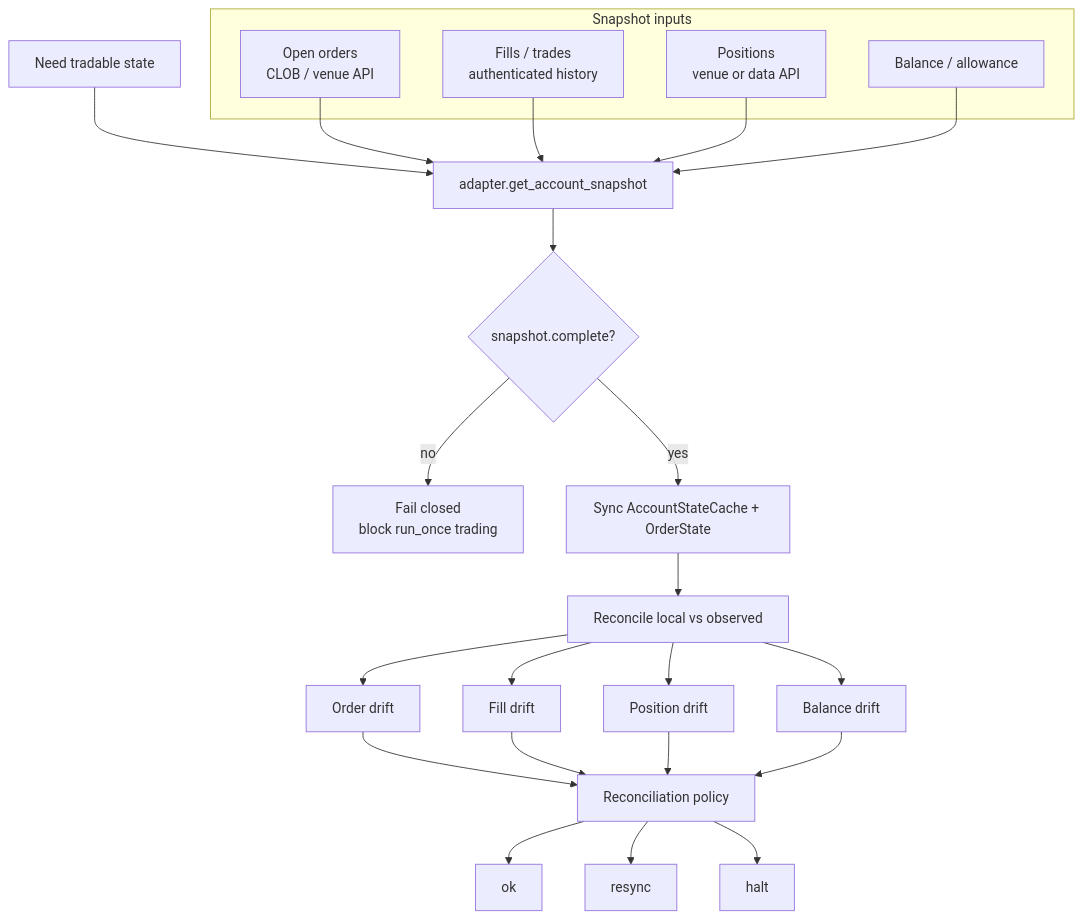
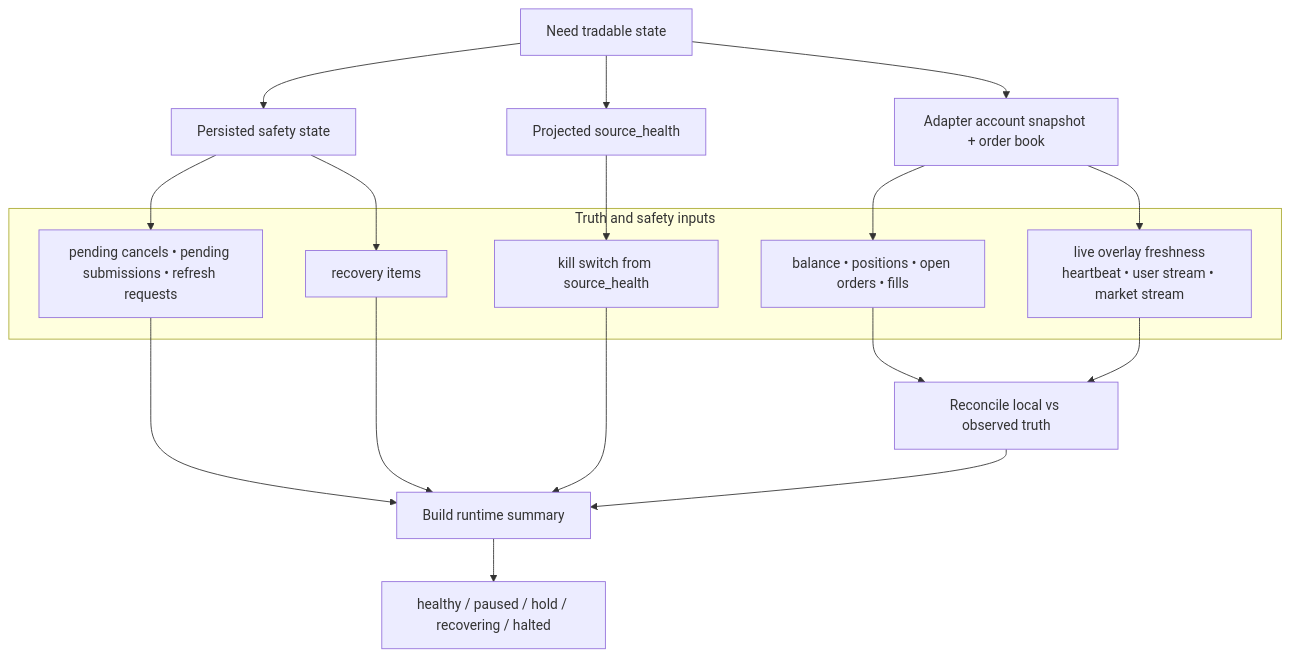
Before and after one commit to harshitagarwal2/polymarket-prediction-agent: the first of 2 diagrams in docs/diagrams/04-account-truth-and-safety.md, drawn with Mermaid. The commit also changed other lines of this file and 8 other files, not shown here.

First line of the commit message:
Refresh architecture diagrams

````diff
--- a/docs/diagrams/04-account-truth-and-safety.md
+++ b/docs/diagrams/04-account-truth-and-safety.md
@@ -10,32 +10,29 @@
 ```mermaid
 flowchart TD
-    start[Need tradable state] --> snap[adapter.get_account_snapshot]
+    start[Need tradable state] --> venue[Adapter account snapshot + order book]
+    start --> persisted[Persisted safety state]
+    start --> projected[Projected source_health]
 
-    subgraph truth[Snapshot inputs]
-        orders[Open orders\nCLOB / venue API]
-        fills[Fills / trades\nauthenticated history]
-        positions[Positions\nvenue or data API]
-        balance[Balance / allowance]
+    subgraph truth[Truth and safety inputs]
+        acct[balance • positions • open orders • fills]
+        overlay[live overlay freshness\nheartbeat • user stream • market stream]
+        pending[pending cancels • pending submissions • refresh requests]
+        recovery[recovery items]
+        kill[kill switch from source_health]
     end
 
-    orders --> snap
-    fills --> snap
-    positions --> snap
-    balance --> snap
+    venue --> acct
+    venue --> overlay
+    persisted --> pending
+    persisted --> recovery
+    projected --> kill
 
-    snap --> complete{snapshot.complete?}
-    complete -- no --> block[Fail closed\nblock run_once trading]
-    complete -- yes --> sync[Sync AccountStateCache + OrderState]
-    sync --> compare[Reconcile local vs observed]
-    compare --> diff1[Order drift]
-    compare --> diff2[Fill drift]
-    compare --> diff3[Position drift]
-    compare --> diff4[Balance drift]
-    diff1 --> policy[Reconciliation policy]
-    diff2 --> policy
-    diff3 --> policy
-    diff4 --> policy
-    policy --> ok[ok]
-    policy --> resync[resync]
-    policy --> halt[halt]
+    acct --> reconcile[Reconcile local vs observed truth]
+    overlay --> reconcile
+    pending --> runtimehealth[Build runtime summary]
+    recovery --> runtimehealth
+    kill --> runtimehealth
+    reconcile --> runtimehealth
+
+    runtimehealth --> ok[healthy / paused / hold / recovering / halted]
 ```
````
